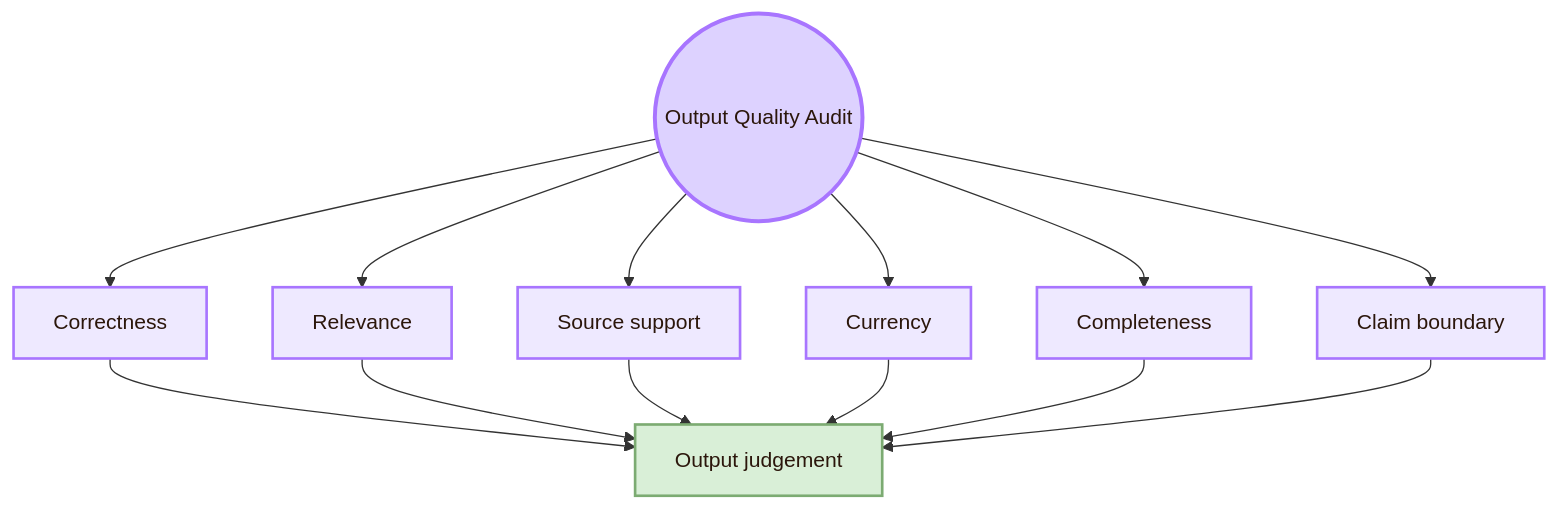
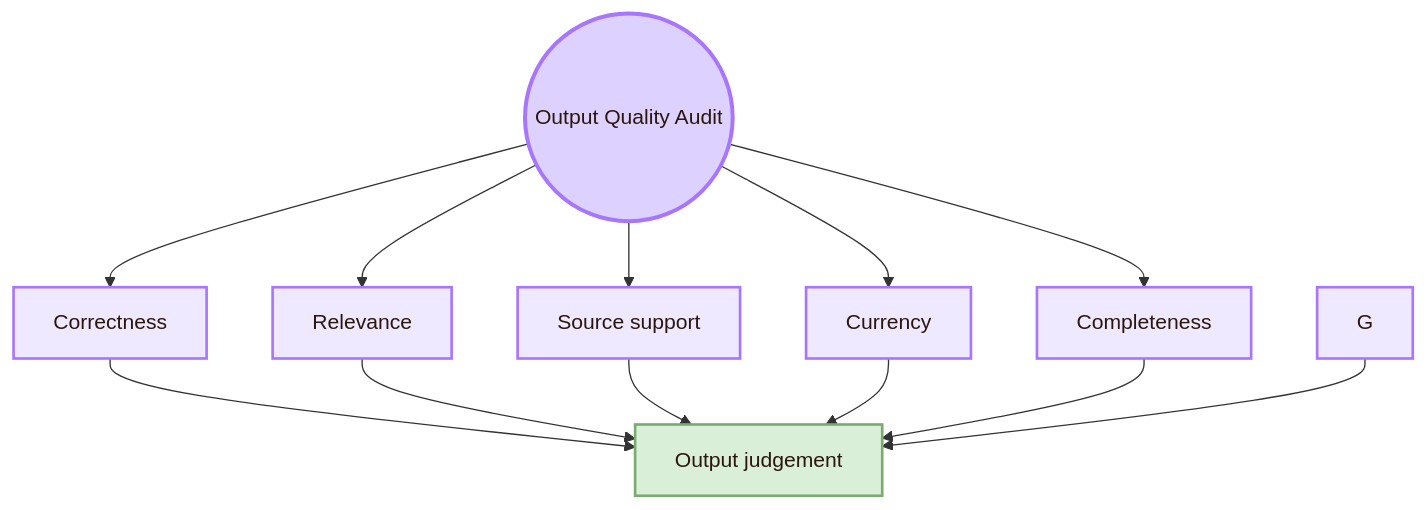
The sixth of 18 diagrams in 01_Core_Area_HCI/001_Subareas/05_Human_AI_Interaction/Activities/Experiment.md (andreitegzes06-ui/CogniShire), drawn with Mermaid before and after one commit. The commit also changed other lines of this file and 131 other files, not shown here.

````diff
--- a/01_Core_Area_HCI/001_Subareas/05_Human_AI_Interaction/Activities/Experiment.md
+++ b/01_Core_Area_HCI/001_Subareas/05_Human_AI_Interaction/Activities/Experiment.md
@@ -269,26 +257,25 @@
 ```mermaid
 flowchart TB
     A((Output Quality Audit))
 
     A --> B[Correctness]
     A --> C[Relevance]
     A --> D[Source support]
     A --> E[Currency]
     A --> F[Completeness]
-    A --> G[Claim boundary]
 
     B --> H[Output judgement]
     C --> H
     D --> H
     E --> H
     F --> H
     G --> H
 
     classDef center fill:#ddd2ff,stroke:#a875ff,color:#2b160b,stroke-width:3px;
     classDef node fill:#eee9ff,stroke:#a875ff,color:#2b160b,stroke-width:2px;
     classDef final fill:#d9efd7,stroke:#7cab72,color:#2b160b,stroke-width:2px;
 
     class A center;
     class B,C,D,E,F,G node;
     class H final;
 ```
````
